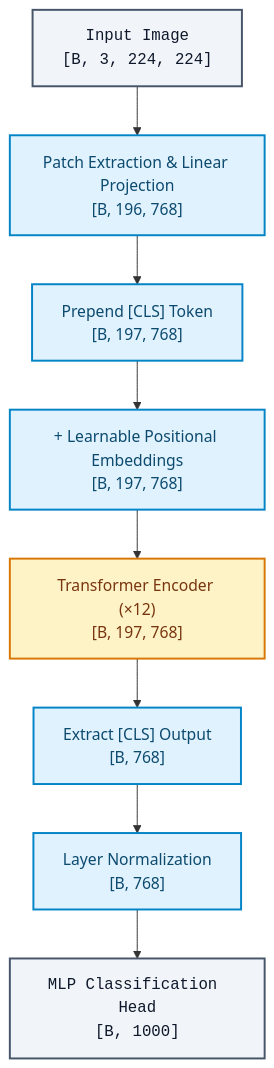
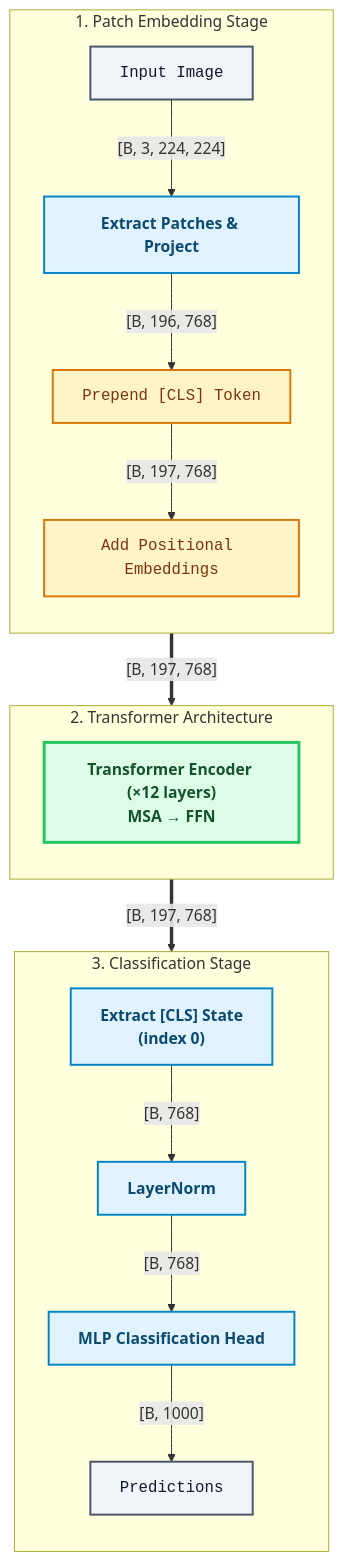
The first of 3 diagrams in ch06_vit.md (xiangkangjw/ai-papers-study-book), drawn with Mermaid before and after one commit. The commit also changed other lines of this file and 5 other files, not shown here.

````diff
--- a/ch06_vit.md
+++ b/ch06_vit.md
@@ -175,23 +175,39 @@
 ```mermaid
 graph TD
-    classDef io fill:#f1f5f9,stroke:#475569,stroke-width:2px,color:#0f172a,font-family:monospace
-    classDef op fill:#e0f2fe,stroke:#0284c7,stroke-width:2px,color:#0c4a6e
-    classDef opt fill:#fef3c7,stroke:#d97706,stroke-width:2px,color:#78350f
+    classDef input fill:#f1f5f9,stroke:#475569,stroke-width:2px,color:#0f172a,font-family:monospace
+    classDef proc fill:#e0f2fe,stroke:#0284c7,stroke-width:2px,color:#0c4a6e,font-weight:bold
+    classDef embed fill:#fef3c7,stroke:#d97706,stroke-width:2px,color:#78350f,font-family:monospace
+    classDef enc fill:#dcfce7,stroke:#22c55e,stroke-width:3px,color:#14532d,font-weight:bold
 
-    Input["Input Image<br/>[B, 3, 224, 224]"]:::io
-    Extract["Patch Extraction & Linear Projection<br/>[B, 196, 768]"]:::op
-    AddCLS["Prepend [CLS] Token<br/>[B, 197, 768]"]:::op
-    AddPos["+ Learnable Positional Embeddings<br/>[B, 197, 768]"]:::op
-    Encoder["Transformer Encoder (×12)<br/>[B, 197, 768]"]:::opt
-    ExtractCLS["Extract [CLS] Output<br/>[B, 768]"]:::op
-    LN["Layer Normalization<br/>[B, 768]"]:::op
-    Head["MLP Classification Head<br/>[B, 1000]"]:::io
+    subgraph Stage1 ["1. Patch Embedding Stage"]
+        direction TB
+        IMG["Input Image"]:::input
+        PATCH["Extract Patches & Project"]:::proc
+        CLS["Prepend [CLS] Token"]:::embed
+        POS["Add Positional Embeddings"]:::embed
+        
+        IMG -->|"[B, 3, 224, 224]"| PATCH
+        PATCH -->|"[B, 196, 768]"| CLS
+        CLS -->|"[B, 197, 768]"| POS
+    end
 
-    Input --> Extract
-    Extract --> AddCLS
-    AddCLS --> AddPos
-    AddPos --> Encoder
-    Encoder --> ExtractCLS
-    ExtractCLS --> LN
-    LN --> Head
+    subgraph Stage2 ["2. Transformer Architecture"]
+        direction TB
+        ENC["Transformer Encoder (×12 layers)<br/>MSA → FFN"]:::enc
+    end
+
+    subgraph Stage3 ["3. Classification Stage"]
+        direction TB
+        EXTRACT["Extract [CLS] State<br/>(index 0)"]:::proc
+        NORM["LayerNorm"]:::proc
+        MLP["MLP Classification Head"]:::proc
+        OUT["Predictions"]:::input
+        
+        EXTRACT -->|"[B, 768]"| NORM
+        NORM -->|"[B, 768]"| MLP
+        MLP -->|"[B, 1000]"| OUT
+    end
+
+    POS ==>|"[B, 197, 768]"| ENC
+    ENC ==>|"[B, 197, 768]"| EXTRACT
 ```
````
